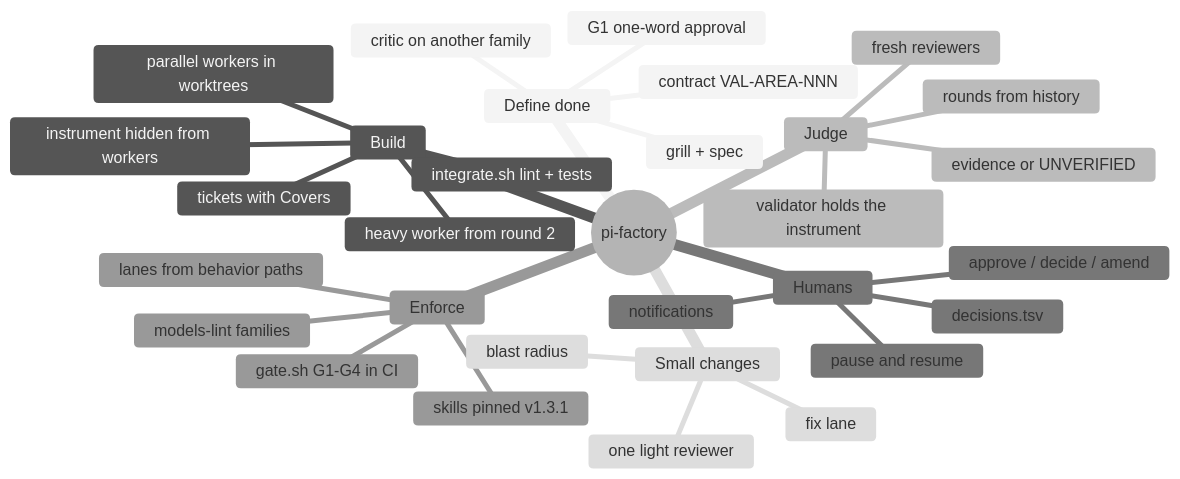
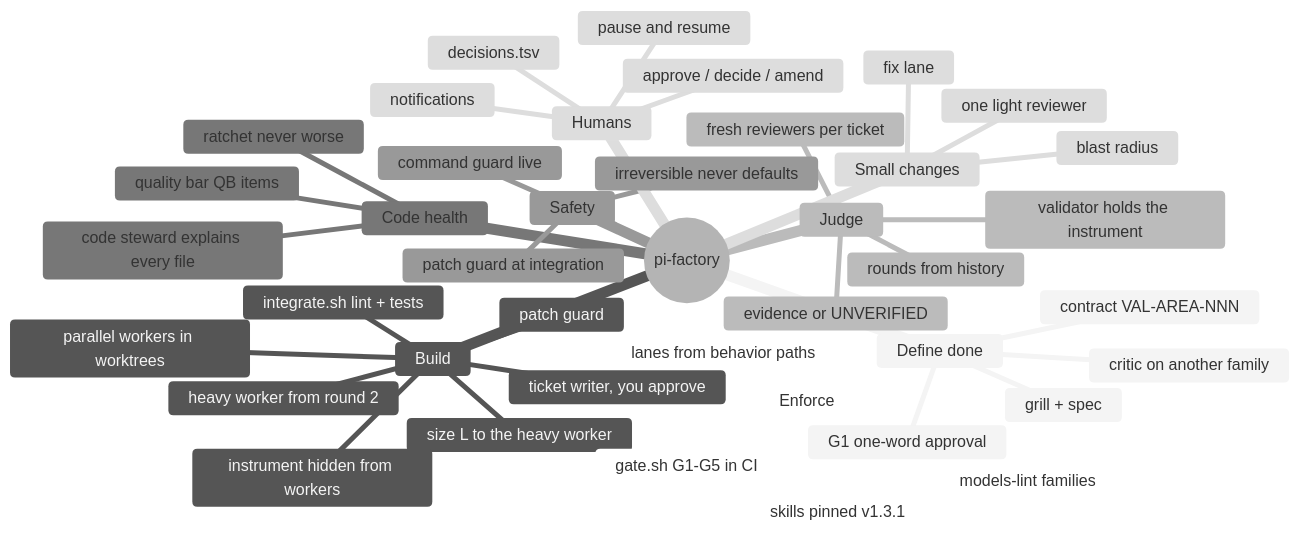
One commit to romad90/pi-factory changed the first of 2 diagrams in README.md. Above: the diagram before and after it, drawn with Mermaid (neutral theme). The commit also changed other lines of this file and 9 other files, not shown here.

First line of the commit message:
docs: quality bar, guards and who-does-what across all docs

````diff
--- a/README.md
+++ b/README.md
@@ -35,34 +37,44 @@
 ```mermaid
 mindmap
   root((pi-factory))
     Define done
       grill + spec
       contract VAL-AREA-NNN
       critic on another family
       G1 one-word approval
     Build
-      tickets with Covers
+      ticket writer, you approve
+      size L to the heavy worker
       parallel workers in worktrees
       instrument hidden from workers
       integrate.sh lint + tests
+      patch guard
       heavy worker from round 2
     Judge
-      fresh reviewers
+      fresh reviewers per ticket
       validator holds the instrument
       evidence or UNVERIFIED
       rounds from history
+    Code health
+      quality bar QB items
+      ratchet never worse
+      code steward explains every file
+    Safety
+      command guard live
+      patch guard at integration
+      irreversible never defaults
     Humans
       approve / decide / amend
       decisions.tsv
       notifications
       pause and resume
     Enforce
-      gate.sh G1-G4 in CI
+      gate.sh G1-G5 in CI
       lanes from behavior paths
       skills pinned v1.3.1
       models-lint families
     Small changes
       fix lane
       blast radius
       one light reviewer
 ```
````
